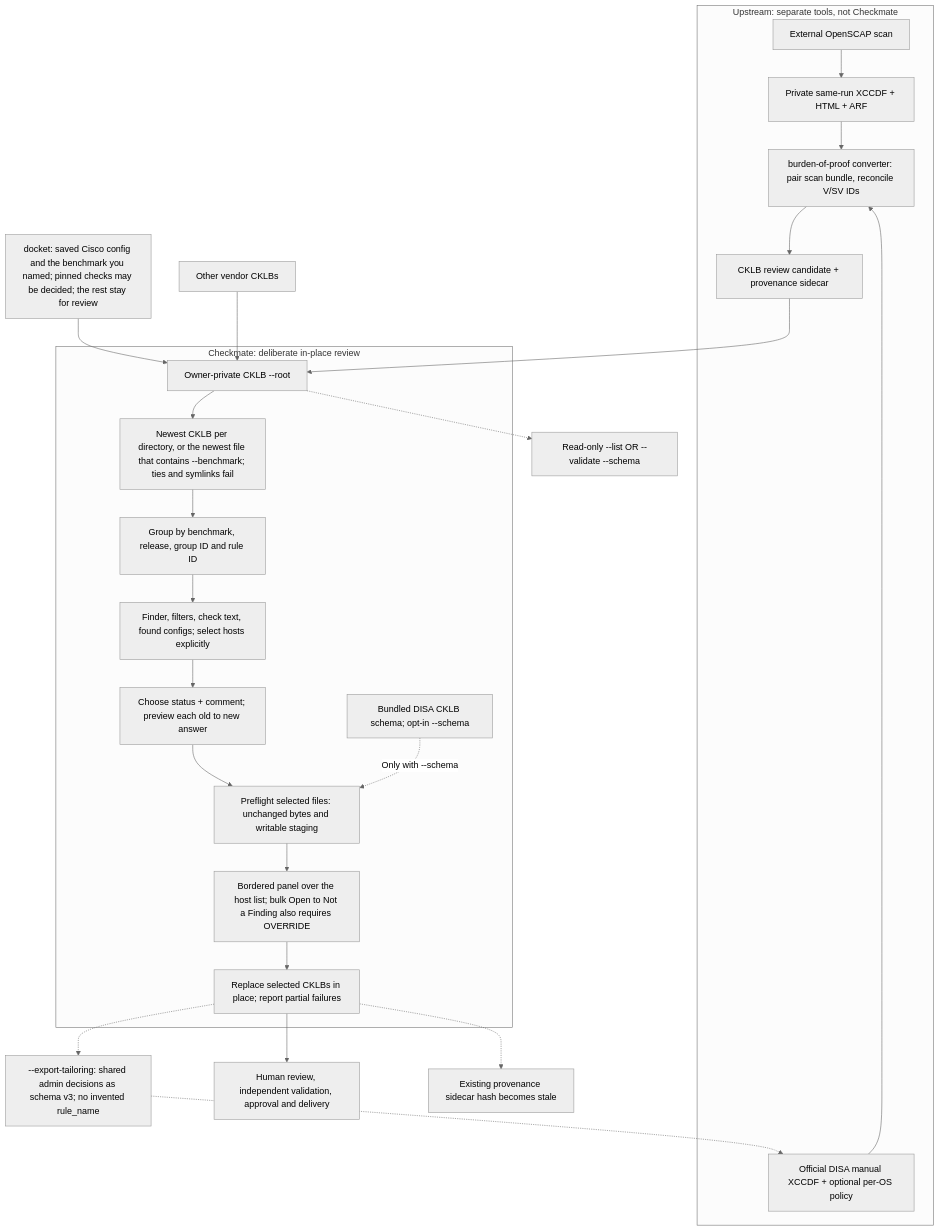
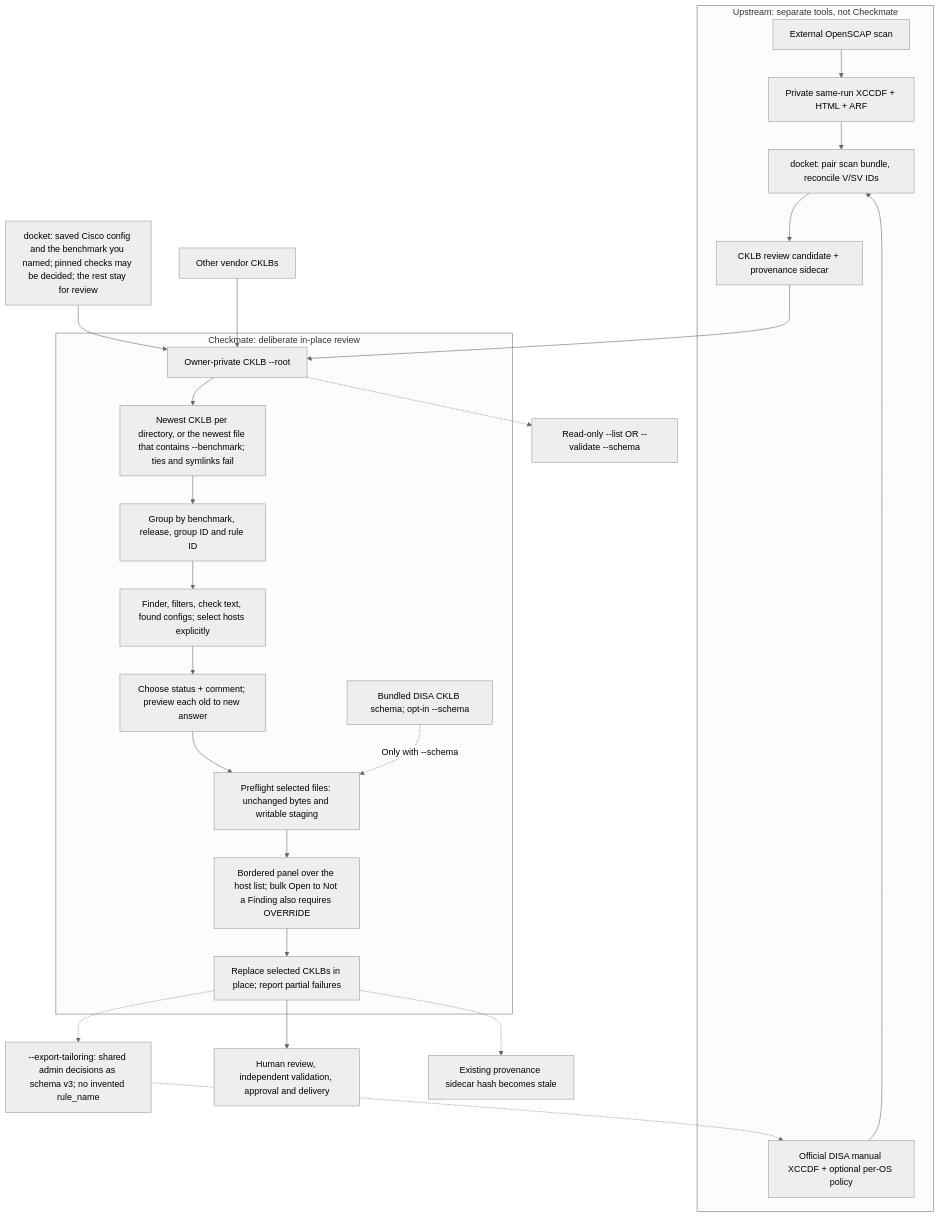
Before and after one commit to zcook44/burden-of-proof: the first of 2 diagrams in cmd/checkmate/README.md, drawn with Mermaid (neutral theme). The commit also changed other lines of this file and 12 other files, not shown here.

````diff
--- a/cmd/checkmate/README.md
+++ b/cmd/checkmate/README.md
@@ -9,27 +9,27 @@
 ```mermaid
 flowchart TD
     subgraph upstream["Upstream: separate tools, not Checkmate"]
         scan["External OpenSCAP scan"] --> evidence["Private same-run XCCDF + HTML + ARF"]
-        evidence --> converter["burden-of-proof converter: pair scan bundle, reconcile V/SV IDs"]
+        evidence --> converter["docket: pair scan bundle, reconcile V/SV IDs"]
         benchmark["Official DISA manual XCCDF + optional per-OS policy"] --> converter
         converter --> generated["CKLB review candidate + provenance sidecar"]
     end
     generated --> root["Owner-private CKLB --root"]
     cisco["docket: saved Cisco config and the benchmark you named; pinned checks may be decided; the rest stay for review"] --> root
     external["Other vendor CKLBs"] --> root
     root -.-> inventory["Read-only --list OR --validate --schema"]
     subgraph editor["Checkmate: deliberate in-place review"]
         root --> discover["Newest CKLB per directory, or the newest file that contains --benchmark; ties and symlinks fail"]
         discover --> group["Group by benchmark, release, group ID and rule ID"]
         group --> choose["Finder, filters, check text, found configs; select hosts explicitly"]
         choose --> preview["Choose status + comment; preview each old to new answer"]
         preview --> guard["Preflight selected files: unchanged bytes and writable staging"]
         schema["Bundled DISA CKLB schema; opt-in --schema"] -.->|Only with --schema| guard
         guard --> confirm["Bordered panel over the host list; bulk Open to Not a Finding also requires OVERRIDE"]
         confirm --> edit["Replace selected CKLBs in place; report partial failures"]
     end
     edit --> human["Human review, independent validation, approval and delivery"]
     edit -.-> stale["Existing provenance sidecar hash becomes stale"]
     edit -.-> tailor["--export-tailoring: shared admin decisions as schema v3; no invented rule_name"]
     tailor -.-> benchmark
 ```
````
